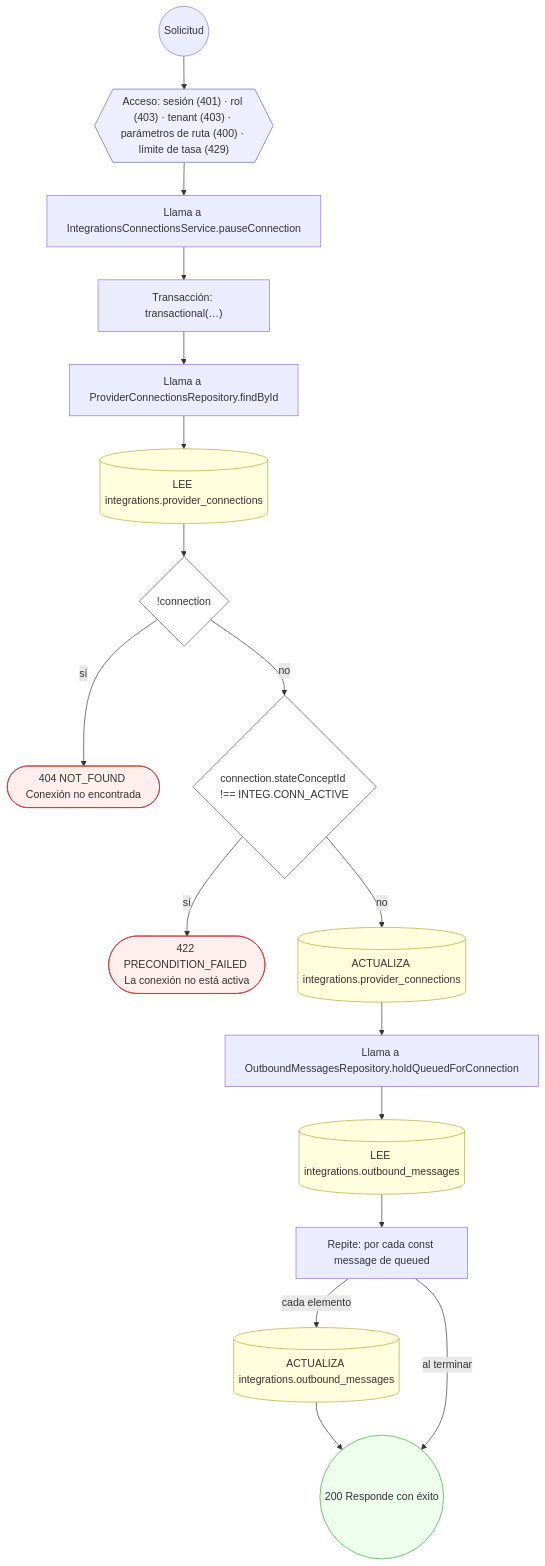
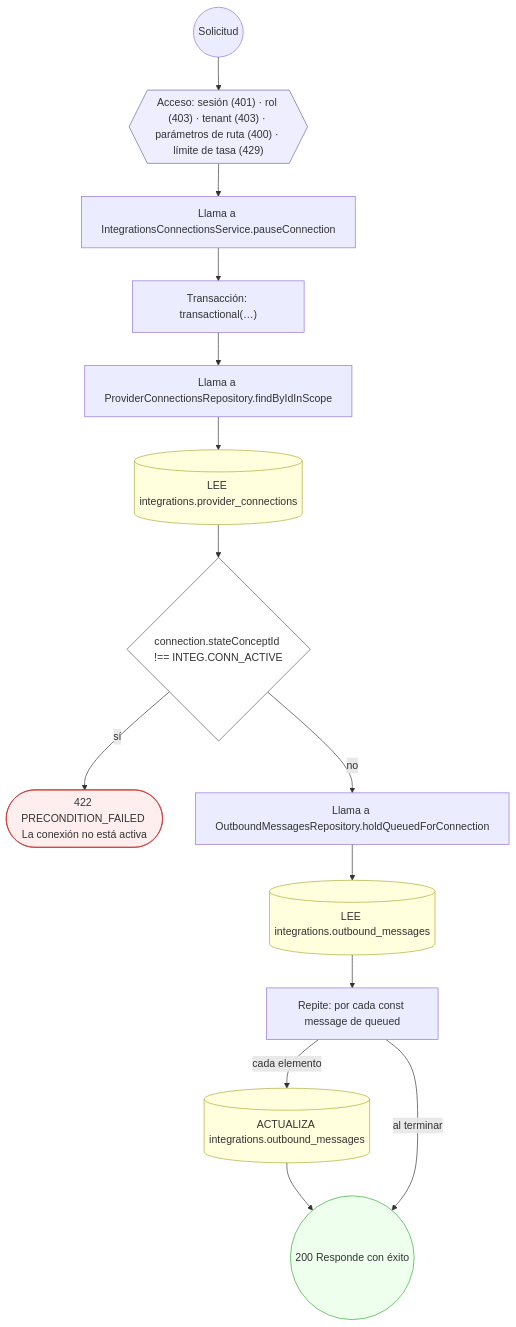
The second of 14 diagrams in docs/inventario/flujos/integrations.md (mdavila-2001/mantra-core-health-api), drawn with Mermaid before and after one commit. The commit also changed other lines of this file and 438 other files, not shown here.

````diff
--- a/docs/inventario/flujos/integrations.md
+++ b/docs/inventario/flujos/integrations.md
@@ -175,41 +179,35 @@
 ```mermaid
 flowchart TD
   n1(("Solicitud")):::inicio
   n2{{"Acceso: sesión (401) · rol (403) · tenant (403) · parámetros de ruta (400) · límite de tasa (429)"}}:::acceso
   n1 --> n2
   n3["Llama a IntegrationsConnectionsService.pauseConnection"]:::llamada
   n2 --> n3
   n4["Transacción: transactional(…)"]:::transaccion
   n3 --> n4
-  n5["Llama a ProviderConnectionsRepository.findById"]:::llamada
+  n5["Llama a ProviderConnectionsRepository.findByIdInScope"]:::llamada
   n4 --> n5
   n6[("LEE integrations.provider_connections")]:::efecto
   n5 --> n6
-  n7{"!connection"}:::decision
+  n7{"connection.stateConceptId !== INTEG.CONN_ACTIVE"}:::decision
   n6 --> n7
-  n8(["404 NOT_FOUND Conexión no encontrada"]):::error
+  n8(["422 PRECONDITION_FAILED La conexión no está activa"]):::error
   n7 -->|"sí"| n8
-  n9{"connection.stateConceptId !== INTEG.CONN_ACTIVE"}:::decision
+  n9["Llama a OutboundMessagesRepository.holdQueuedForConnection"]:::llamada
   n7 -->|"no"| n9
-  n10(["422 PRECONDITION_FAILED La conexión no está activa"]):::error
-  n9 -->|"sí"| n10
-  n11[("ACTUALIZA integrations.provider_connections")]:::efecto
-  n9 -->|"no"| n11
-  n12["Llama a OutboundMessagesRepository.holdQueuedForConnection"]:::llamada
-  n11 --> n12
-  n13[("LEE integrations.outbound_messages")]:::efecto
+  n10[("LEE integrations.outbound_messages")]:::efecto
+  n9 --> n10
+  n11["Repite: por cada const message de queued"]:::bucle
+  n10 --> n11
+  n12[("ACTUALIZA integrations.outbound_messages")]:::efecto
+  n11 -->|"cada elemento"| n12
+  n13(("200 Responde con éxito")):::ok
   n12 --> n13
-  n14["Repite: por cada const message de queued"]:::bucle
-  n13 --> n14
-  n15[("ACTUALIZA integrations.outbound_messages")]:::efecto
-  n14 -->|"cada elemento"| n15
-  n16(("200 Responde con éxito")):::ok
-  n15 --> n16
-  n14 -->|"al terminar"| n16
+  n11 -->|"al terminar"| n13
   classDef acceso fill:#eef,stroke:#66a
   classDef error fill:#fee,stroke:#c33
   classDef ok fill:#efe,stroke:#3a3
   classDef efecto fill:#ffd,stroke:#aa3
   classDef decision fill:#fff,stroke:#555
   classDef corte fill:#eee,stroke:#999,stroke-dasharray: 4
 ```
````
